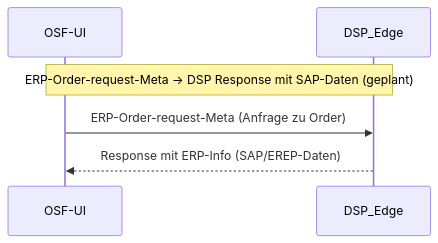
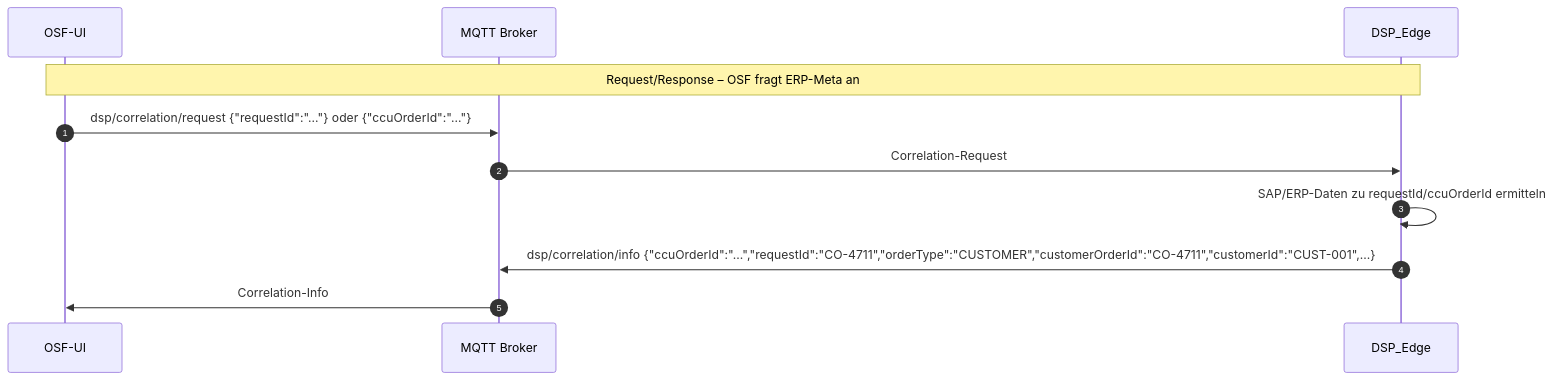
The third of 4 diagrams in docs/07-analysis/order-requestid-extension.md (OliverBerger-ORBIS/ORBIS-Modellfabrik), drawn with Mermaid before and after one commit. The commit also changed other lines of this file and 20 other files, not shown here.

First line of the commit message:
feat(sprint-16): OSF Order-Tab Snapshot-Semantik, Correlation-Test, CCU Deployment Task

````diff
--- a/docs/07-analysis/order-requestid-extension.md
+++ b/docs/07-analysis/order-requestid-extension.md
@@ -140,10 +214,15 @@
 ```mermaid
 sequenceDiagram
+    autonumber
     participant OSF as OSF-UI
+    participant MQTT as MQTT Broker
     participant DSP as DSP_Edge
 
-    Note over OSF,DSP: ERP-Order-request-Meta → DSP Response mit SAP-Daten (geplant)
+    Note over OSF,DSP: Request/Response – OSF fragt ERP-Meta an
 
-    OSF->>DSP: ERP-Order-request-Meta (Anfrage zu Order)
-    DSP-->>OSF: Response mit ERP-Info (SAP/EREP-Daten)
+    OSF->>MQTT: dsp/correlation/request {"requestId":"..."} oder {"ccuOrderId":"..."}
+    MQTT->>DSP: Correlation-Request
+    DSP->>DSP: SAP/ERP-Daten zu requestId/ccuOrderId ermitteln
+    DSP->>MQTT: dsp/correlation/info {"ccuOrderId":"...","requestId":"CO-4711","orderType":"CUSTOMER","customerOrderId":"CO-4711","customerId":"CUST-001",...}
+    MQTT->>OSF: Correlation-Info
 ```
````
